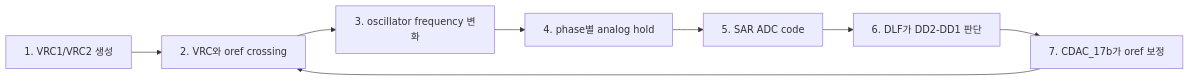
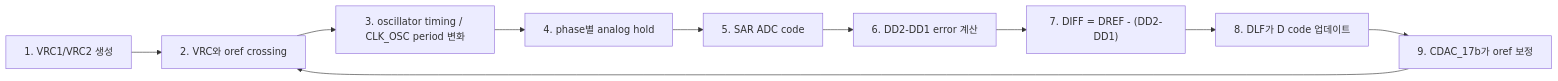
The diagram in docs/top_loop.md (qkfka781-wq/RCoscillator), drawn with Mermaid before and after one commit. The commit also changed other lines of this file and 7 other files, not shown here.

````diff
--- a/docs/top_loop.md
+++ b/docs/top_loop.md
@@ -11,10 +11,12 @@
 ```mermaid
 flowchart LR
     A["1. VRC1/VRC2 생성"] --> B["2. VRC와 oref crossing"]
-    B --> C["3. oscillator frequency 변화"]
+    B --> C["3. oscillator timing / CLK_OSC period 변화"]
     C --> D["4. phase별 analog hold"]
     D --> E["5. SAR ADC code"]
-    E --> F["6. DLF가 DD2-DD1 판단"]
-    F --> G["7. CDAC_17b가 oref 보정"]
-    G --> B
+    E --> F["6. DD2-DD1 error 계산"]
+    F --> G["7. DIFF = DREF - (DD2-DD1)"]
+    G --> H["8. DLF가 D code 업데이트"]
+    H --> I["9. CDAC_17b가 oref 보정"]
+    I --> B
 ```
````
